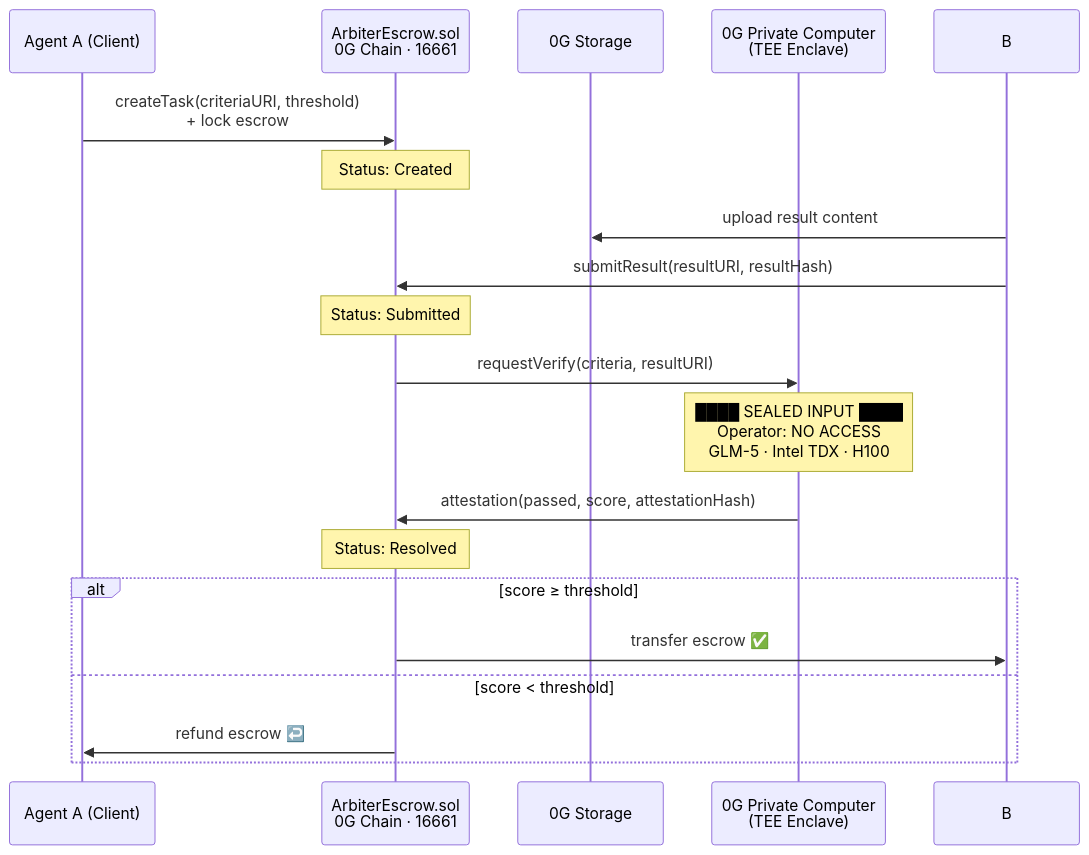
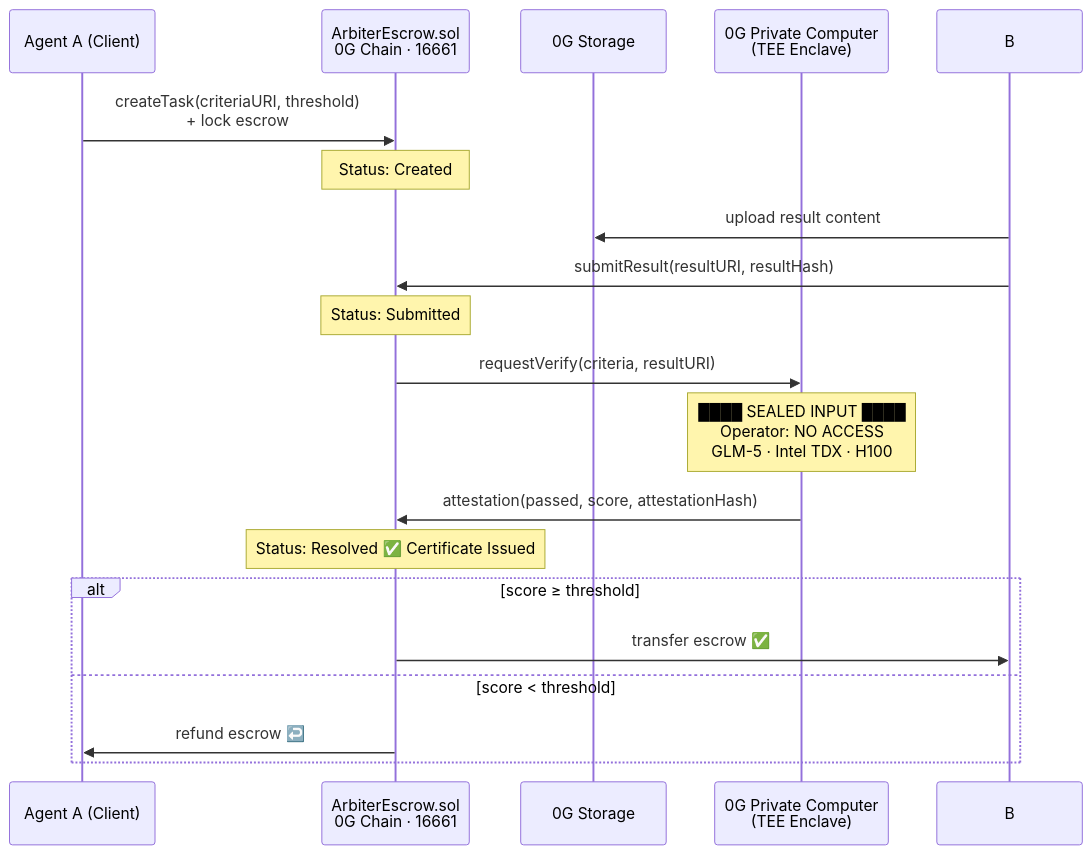
One commit to programmeryuanyuan/AttestaProtocol changed the diagram in README.md. Above: the diagram before and after it, drawn with Mermaid. The commit also changed other lines of this file and 25 other files, not shown here.

````diff
--- a/README.md
+++ b/README.md
@@ -79,26 +88,26 @@
 ```mermaid
 sequenceDiagram
     participant A as Agent A (Client)
     participant C as ArbiterEscrow.sol<br/>0G Chain · 16661
     participant S as 0G Storage
     participant T as 0G Private Computer<br/>(TEE Enclave)
 
     A->>C: createTask(criteriaURI, threshold)<br/>+ lock escrow
     Note over C: Status: Created
 
     B->>S: upload result content
     B->>C: submitResult(resultURI, resultHash)
     Note over C: Status: Submitted
 
     C->>T: requestVerify(criteria, resultURI)
     Note over T: ████ SEALED INPUT ████<br/>Operator: NO ACCESS<br/>GLM-5 · Intel TDX · H100
 
     T->>C: attestation(passed, score, attestationHash)
-    Note over C: Status: Resolved
+    Note over C: Status: Resolved ✅ Certificate Issued
 
     alt score ≥ threshold
         C->>B: transfer escrow ✅
     else score < threshold
         C->>A: refund escrow ↩️
     end
 ```
````
